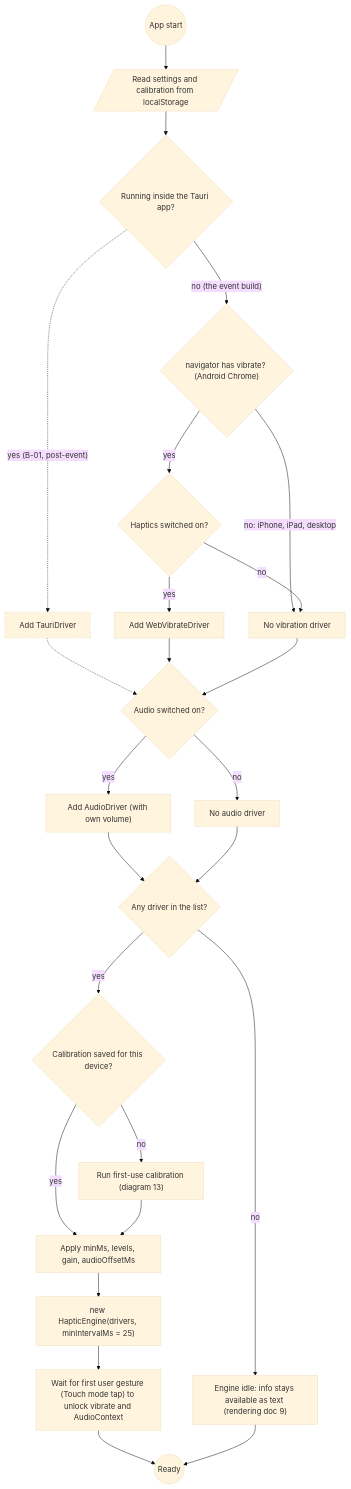
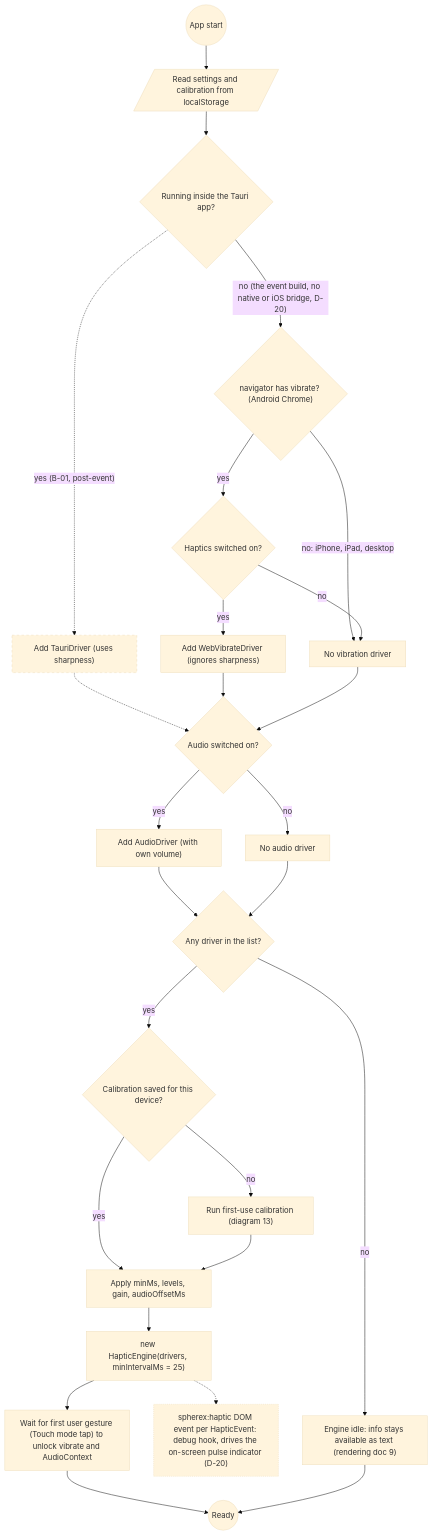
The diagram in docs/uml/19-activity-haptic-driver-select.md (0ffrian/SphereX), drawn with Mermaid (base theme) before and after one commit. The commit also changed other lines of this file and 15 other files, not shown here.

First line of the commit message:
Address PR #18 review: rgb type, honesty wording, fixtures, owners, UML

````diff
--- a/docs/uml/19-activity-haptic-driver-select.md
+++ b/docs/uml/19-activity-haptic-driver-select.md
@@ -5,30 +5,33 @@
 ```mermaid
 flowchart TD
   Start(("App start")) --> LoadS[/"Read settings and calibration from localStorage"/]
   LoadS --> Tauri{"Running inside the Tauri app?"}
-  Tauri -.->|"yes (B-01, post-event)"| AddTauri["Add TauriDriver"]
-  Tauri -->|"no (the event build)"| VibQ{"navigator has vibrate? (Android Chrome)"}
+  Tauri -.->|"yes (B-01, post-event)"| AddTauri["Add TauriDriver (uses sharpness)"]
+  Tauri -->|"no (the event build, no native or iOS bridge, D-20)"| VibQ{"navigator has vibrate? (Android Chrome)"}
   VibQ -->|"no: iPhone, iPad, desktop"| NoVib["No vibration driver"]
   VibQ -->|yes| HapOn{"Haptics switched on?"}
-  HapOn -->|yes| AddVib["Add WebVibrateDriver"]
+  HapOn -->|yes| AddVib["Add WebVibrateDriver (ignores sharpness)"]
   HapOn -->|no| NoVib
   AddTauri -.-> AudOn
   AddVib --> AudOn{"Audio switched on?"}
   NoVib --> AudOn
   AudOn -->|yes| AddAud["Add AudioDriver (with own volume)"]
   AudOn -->|no| NoAud["No audio driver"]
   AddAud --> Any{"Any driver in the list?"}
   NoAud --> Any
   Any -->|no| Off["Engine idle: info stays available as text (rendering doc 9)"]
   Any -->|yes| Cal{"Calibration saved for this device?"}
   Cal -->|yes| Apply["Apply minMs, levels, gain, audioOffsetMs"]
   Cal -->|no| RunCal["Run first-use calibration (diagram 13)"]
   RunCal --> Apply
   Apply --> Engine["new HapticEngine(drivers, minIntervalMs = 25)"]
+  Engine -.-> Debug["spherex:haptic DOM event per HapticEvent: debug hook, drives the on-screen pulse indicator (D-20)"]
   Engine --> Gesture["Wait for first user gesture (Touch mode tap) to unlock vibrate and AudioContext"]
   Gesture --> Ready(("Ready"))
   Off --> Ready
 
   classDef post stroke-dasharray: 5 5
   class AddTauri post
+  classDef debug stroke-dasharray: 2 2
+  class Debug debug
 ```
````
